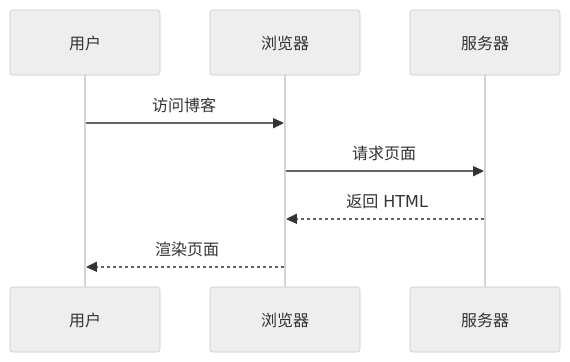
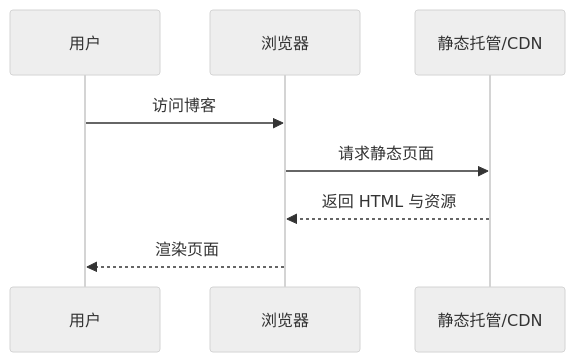
The second of 3 diagrams in src/content/blog/note/markdown-features.md (RockyBabcock/rocky-blog), drawn with Mermaid (neutral theme) before and after one commit. The commit also changed other lines of this file, not shown here.

````diff
--- a/src/content/blog/note/markdown-features.md
+++ b/src/content/blog/note/markdown-features.md
@@ -145,11 +145,11 @@
 ```mermaid
 sequenceDiagram
     participant U as 用户
     participant B as 浏览器
-    participant S as 服务器
+    participant C as 静态托管/CDN
 
     U->>B: 访问博客
-    B->>S: 请求页面
-    S-->>B: 返回 HTML
+    B->>C: 请求静态页面
+    C-->>B: 返回 HTML 与资源
     B-->>U: 渲染页面
 ```
````
